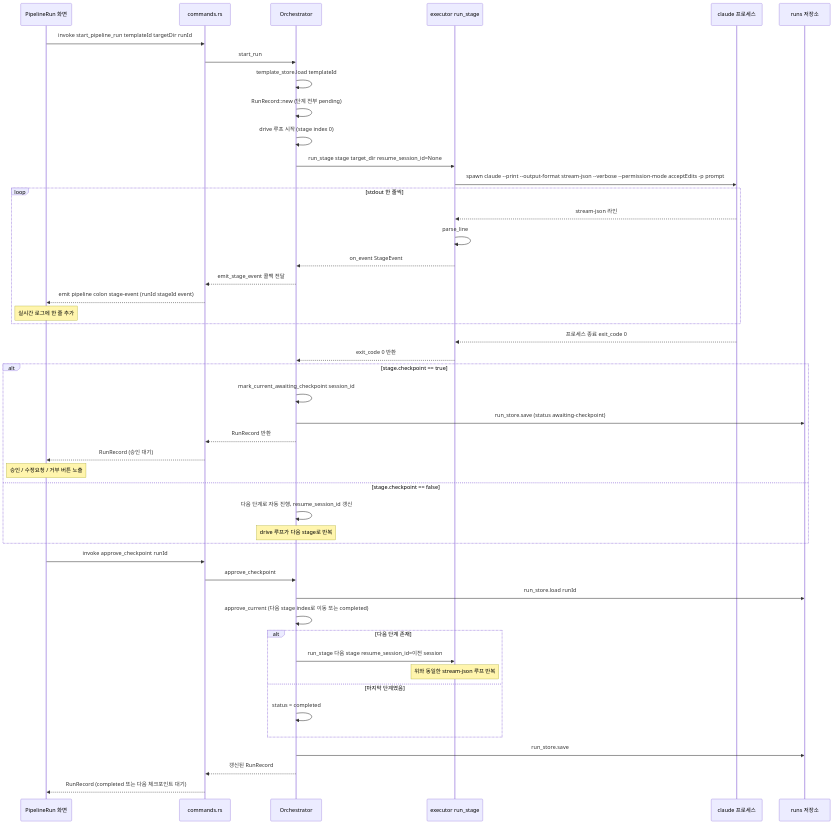
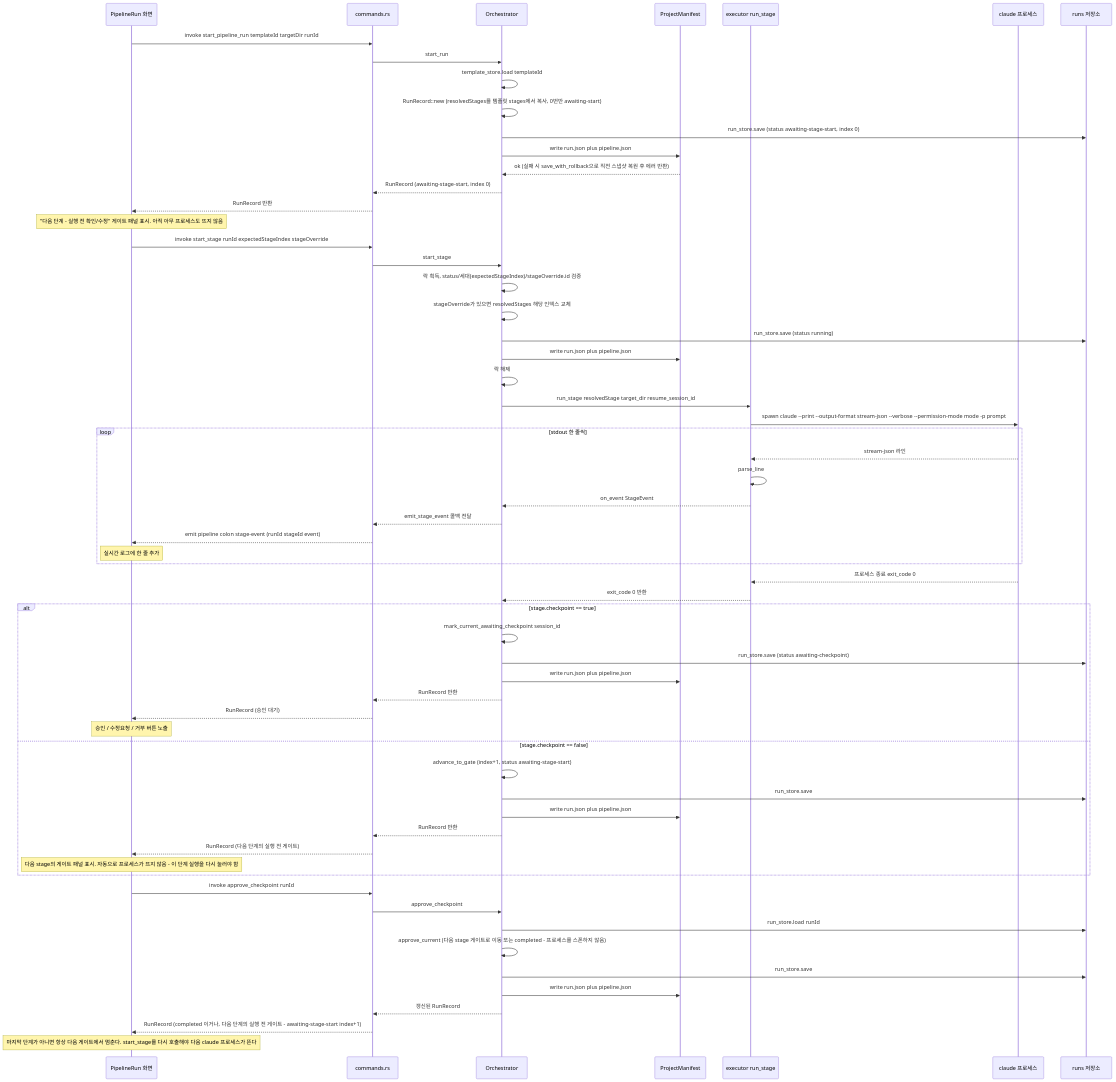
The second of 5 diagrams in documents/sequence-diagrams.md (suhwanju-ai/ClaudeCodeWizard), drawn with Mermaid before and after one commit. The commit also changed other lines of this file and 9 other files, not shown here.

````diff
--- a/documents/sequence-diagrams.md
+++ b/documents/sequence-diagrams.md
@@ -60,53 +62,67 @@
 ```mermaid
 sequenceDiagram
     participant UI as PipelineRun 화면
     participant Cmd as commands.rs
     participant Orch as Orchestrator
+    participant Manifest as ProjectManifest
     participant Exec as executor run_stage
     participant Claude as claude 프로세스
     participant RunFS as runs 저장소
 
     UI->>Cmd: invoke start_pipeline_run templateId targetDir runId
     Cmd->>Orch: start_run
     Orch->>Orch: template_store.load templateId
-    Orch->>Orch: RunRecord::new (단계 전부 pending)
-    Orch->>Orch: drive 루프 시작 (stage index 0)
+    Orch->>Orch: RunRecord::new (resolvedStages를 템플릿 stages에서 복사, 0번만 awaiting-start)
+    Orch->>RunFS: run_store.save (status awaiting-stage-start, index 0)
+    Orch->>Manifest: write run.json plus pipeline.json
+    Manifest-->>Orch: ok (실패 시 save_with_rollback으로 직전 스냅샷 복원 후 에러 반환)
+    Orch-->>Cmd: RunRecord (awaiting-stage-start, index 0)
+    Cmd-->>UI: RunRecord 반환
+    Note over UI: "다음 단계 - 실행 전 확인/수정" 게이트 패널 표시. 아직 아무 프로세스도 뜨지 않음
 
-    Orch->>Exec: run_stage stage target_dir resume_session_id=None
-    Exec->>Claude: spawn claude --print --output-format stream-json --verbose --permission-mode acceptEdits -p prompt
+    UI->>Cmd: invoke start_stage runId expectedStageIndex stageOverride
+    Cmd->>Orch: start_stage
+    Orch->>Orch: 락 획득, status/세대(expectedStageIndex)/stageOverride.id 검증
+    Orch->>Orch: stageOverride가 있으면 resolvedStages 해당 인덱스 교체
+    Orch->>RunFS: run_store.save (status running)
+    Orch->>Manifest: write run.json plus pipeline.json
+    Orch->>Orch: 락 해제
+    Orch->>Exec: run_stage resolvedStage target_dir resume_session_id
+    Exec->>Claude: spawn claude --print --output-format stream-json --verbose --permission-mode mode -p prompt
     loop stdout 한 줄씩
         Claude-->>Exec: stream-json 라인
         Exec->>Exec: parse_line
         Exec-->>Orch: on_event StageEvent
         Orch-->>Cmd: emit_stage_event 콜백 전달
         Cmd-->>UI: emit pipeline colon stage-event (runId stageId event)
         Note over UI: 실시간 로그에 한 줄 추가
     end
     Claude-->>Exec: 프로세스 종료 exit_code 0
     Exec-->>Orch: exit_code 0 반환
 
     alt stage.checkpoint == true
         Orch->>Orch: mark_current_awaiting_checkpoint session_id
         Orch->>RunFS: run_store.save (status awaiting-checkpoint)
+        Orch->>Manifest: write run.json plus pipeline.json
         Orch-->>Cmd: RunRecord 반환
         Cmd-->>UI: RunRecord (승인 대기)
         Note over UI: 승인 / 수정요청 / 거부 버튼 노출
     else stage.checkpoint == false
-        Orch->>Orch: 다음 단계로 자동 진행, resume_session_id 갱신
-        Note over Orch: drive 루프가 다음 stage로 반복
+        Orch->>Orch: advance_to_gate (index+1, status awaiting-stage-start)
+        Orch->>RunFS: run_store.save
+        Orch->>Manifest: write run.json plus pipeline.json
+        Orch-->>Cmd: RunRecord 반환
+        Cmd-->>UI: RunRecord (다음 단계의 실행 전 게이트)
+        Note over UI: 다음 stage의 게이트 패널 표시. 자동으로 프로세스가 뜨지 않음 - 이 단계 실행을 다시 눌러야 함
     end
 
     UI->>Cmd: invoke approve_checkpoint runId
     Cmd->>Orch: approve_checkpoint
     Orch->>RunFS: run_store.load runId
-    Orch->>Orch: approve_current (다음 stage index로 이동 또는 completed)
-    alt 다음 단계 존재
-        Orch->>Exec: run_stage 다음 stage resume_session_id=이전 session
-        Note over Exec: 위와 동일한 stream-json 루프 반복
-    else 마지막 단계였음
-        Orch->>Orch: status = completed
-    end
+    Orch->>Orch: approve_current (다음 stage 게이트로 이동 또는 completed - 프로세스를 스폰하지 않음)
     Orch->>RunFS: run_store.save
+    Orch->>Manifest: write run.json plus pipeline.json
     Orch-->>Cmd: 갱신된 RunRecord
-    Cmd-->>UI: RunRecord (completed 또는 다음 체크포인트 대기)
+    Cmd-->>UI: RunRecord (completed 이거나, 다음 단계의 실행 전 게이트 - awaiting-stage-start index+1)
+    Note over UI: 마지막 단계가 아니면 항상 다음 게이트에서 멈춘다. start_stage를 다시 호출해야 다음 claude 프로세스가 뜬다
 ```
````
